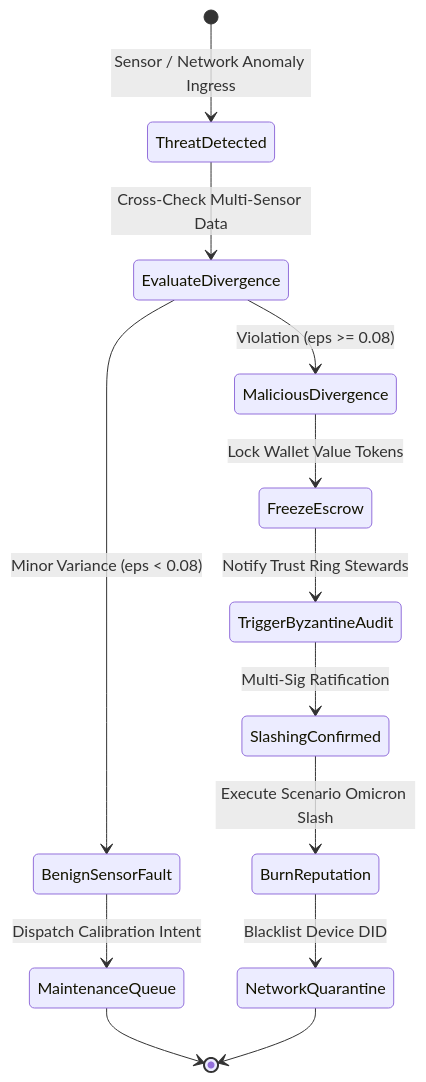
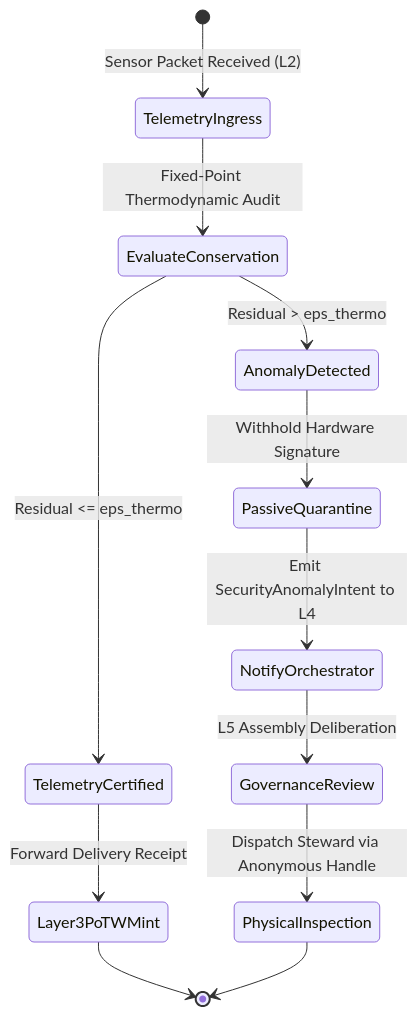
The second of 3 diagrams in docs/scenarios/rho_adversarial.md (raffaine/collective), drawn with Mermaid before and after one commit. The commit also changed other lines of this file and 23 other files, not shown here.

````diff
--- a/docs/scenarios/rho_adversarial.md
+++ b/docs/scenarios/rho_adversarial.md
@@ -87,16 +98,15 @@
 ```mermaid
 stateDiagram-v2
-    [*] --> ThreatDetected: Sensor / Network Anomaly Ingress
-    ThreatDetected --> EvaluateDivergence: Cross-Check Multi-Sensor Data
-    EvaluateDivergence --> BenignSensorFault: Minor Variance (eps < 0.08)
-    BenignSensorFault --> MaintenanceQueue: Dispatch Calibration Intent
-    MaintenanceQueue --> [*]
+    [*] --> TelemetryIngress: Sensor Packet Received (L2)
+    TelemetryIngress --> EvaluateConservation: Fixed-Point Thermodynamic Audit
+    EvaluateConservation --> TelemetryCertified: Residual <= eps_thermo
+    TelemetryCertified --> Layer3PoTWMint: Forward Delivery Receipt
+    Layer3PoTWMint --> [*]
 
-    EvaluateDivergence --> MaliciousDivergence: Violation (eps >= 0.08)
-    MaliciousDivergence --> FreezeEscrow: Lock Wallet Value Tokens
-    FreezeEscrow --> TriggerByzantineAudit: Notify Trust Ring Stewards
-    TriggerByzantineAudit --> SlashingConfirmed: Multi-Sig Ratification
-    SlashingConfirmed --> BurnReputation: Execute Scenario Omicron Slash
-    BurnReputation --> NetworkQuarantine: Blacklist Device DID
-    NetworkQuarantine --> [*]
+    EvaluateConservation --> AnomalyDetected: Residual > eps_thermo
+    AnomalyDetected --> PassiveQuarantine: Withhold Hardware Signature
+    PassiveQuarantine --> NotifyOrchestrator: Emit SecurityAnomalyIntent to L4
+    NotifyOrchestrator --> GovernanceReview: L5 Assembly Deliberation
+    GovernanceReview --> PhysicalInspection: Dispatch Steward via Anonymous Handle
+    PhysicalInspection --> [*]
 ```
````
